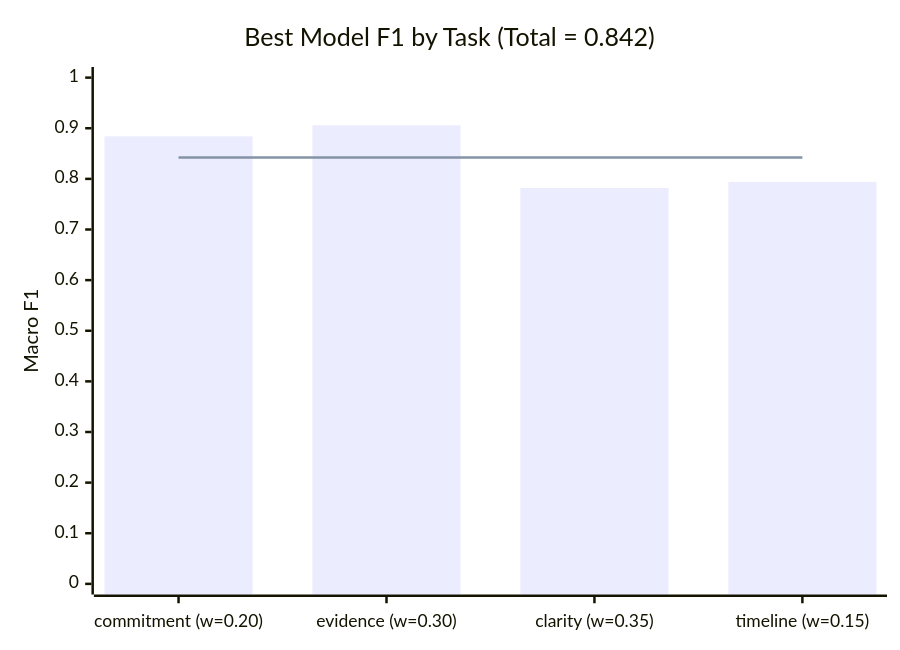
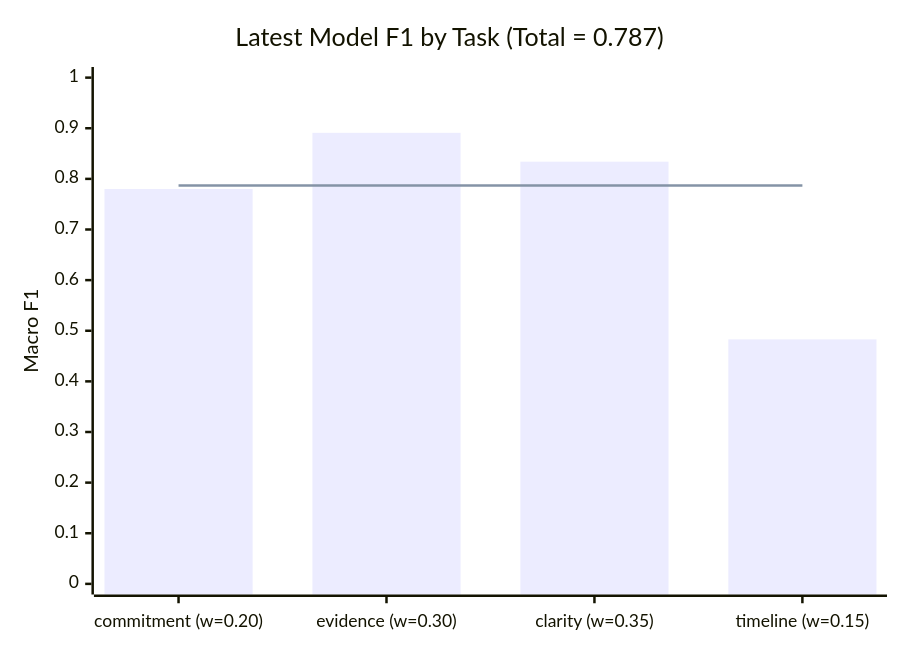
The first of 2 diagrams in PROJECT_STATUS.md (fylel/ESG-Sustainability-Commitment-Verification-Competition-2026), drawn with Mermaid before and after one commit. The commit also changed other lines of this file, not shown here.

````diff
--- a/PROJECT_STATUS.md
+++ b/PROJECT_STATUS.md
@@ -102,8 +103,8 @@
 ```mermaid
 xychart-beta
-    title "Best Model F1 by Task (Total = 0.842)"
+    title "Latest Model F1 by Task (Total = 0.787)"
     x-axis ["commitment (w=0.20)", "evidence (w=0.30)", "clarity (w=0.35)", "timeline (w=0.15)"]
     y-axis "Macro F1" 0 --> 1
-    bar [0.884, 0.906, 0.782, 0.794]
-    line [0.842, 0.842, 0.842, 0.842]
+    bar [0.780, 0.891, 0.834, 0.483]
+    line [0.787, 0.787, 0.787, 0.787]
 ```
````
